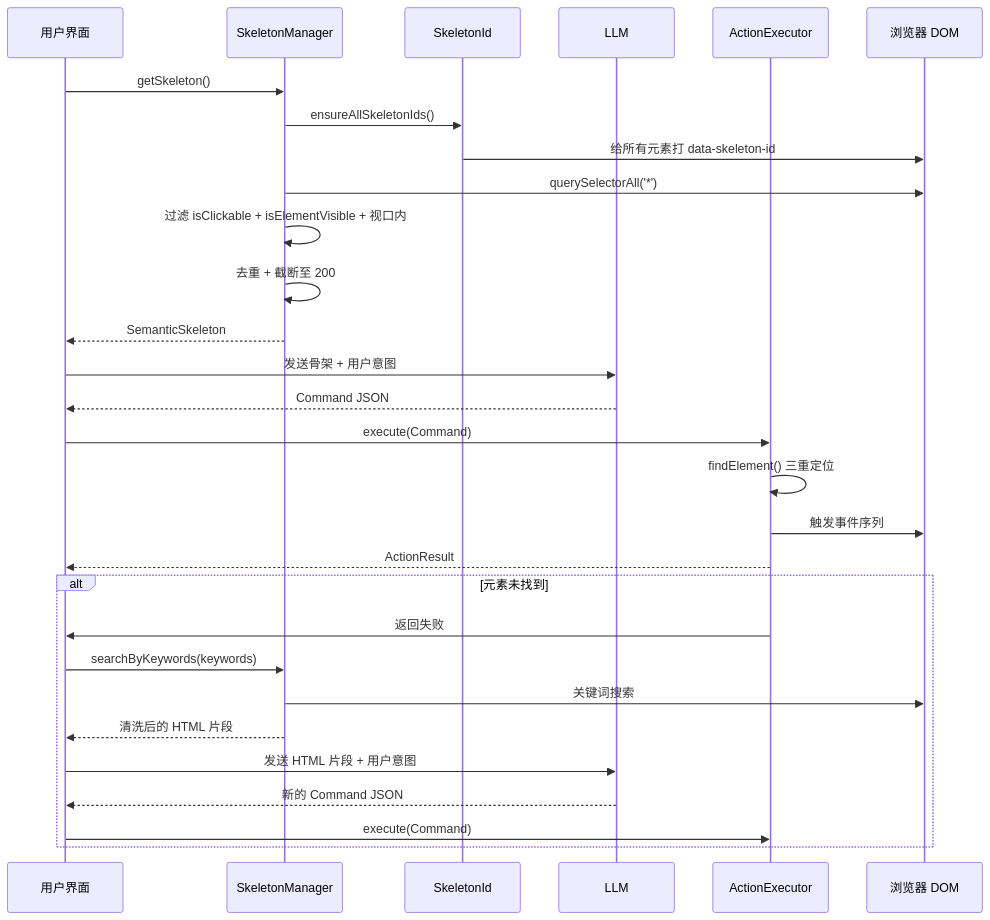
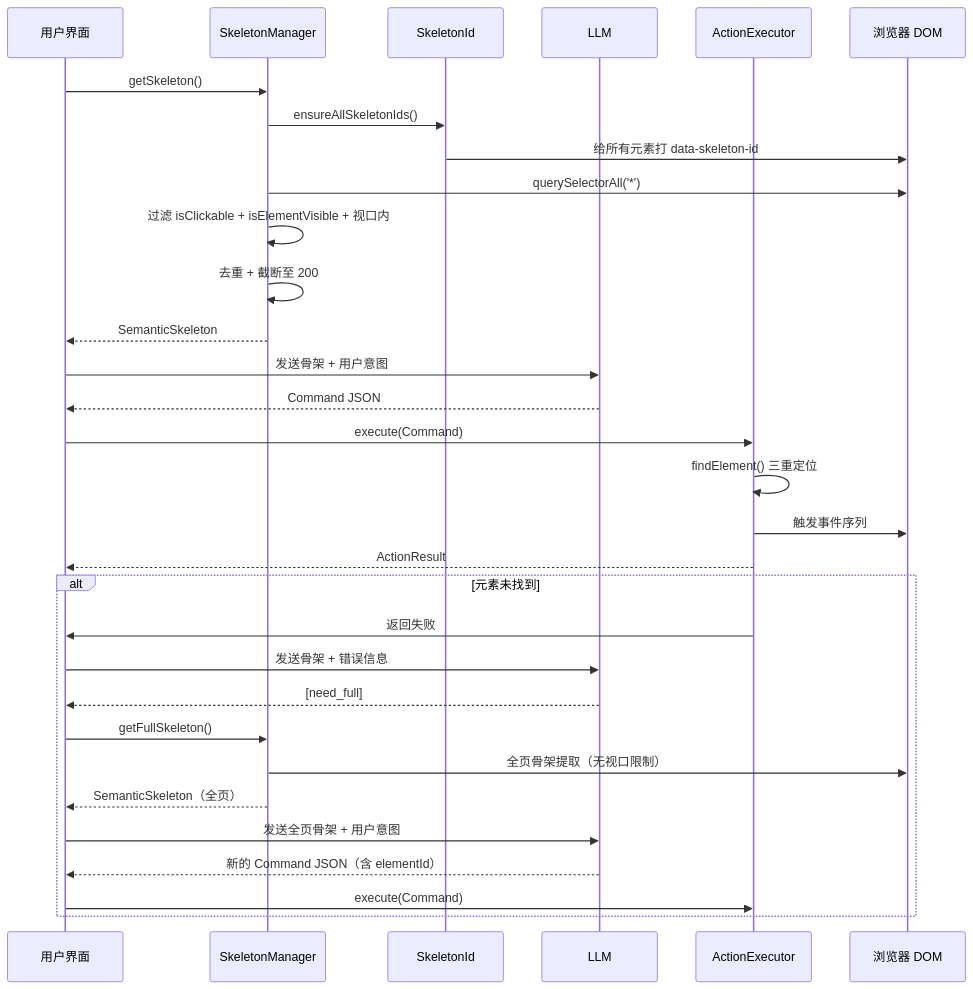
The fifth of 5 diagrams in docs/architecture/browser-command.md (zw123zw/ai-browser), drawn with Mermaid before and after one commit. The commit also changed other lines of this file and 11 other files, not shown here.

First line of the commit message:
feat: [need_html] → [need_full] 全页骨架提取

````diff
--- a/docs/architecture/browser-command.md
+++ b/docs/architecture/browser-command.md
@@ -356,35 +355,37 @@
 ```mermaid
 sequenceDiagram
     participant UI as 用户界面
     participant SM as SkeletonManager
     participant SID as SkeletonId
     participant AI as LLM
     participant AE as ActionExecutor
     participant DOM as 浏览器 DOM
 
     UI->>SM: getSkeleton()
     SM->>SID: ensureAllSkeletonIds()
     SID->>DOM: 给所有元素打 data-skeleton-id
     SM->>DOM: querySelectorAll('*')
     SM->>SM: 过滤 isClickable + isElementVisible + 视口内
     SM->>SM: 去重 + 截断至 200
     SM-->>UI: SemanticSkeleton
 
     UI->>AI: 发送骨架 + 用户意图
     AI-->>UI: Command JSON
 
     UI->>AE: execute(Command)
     AE->>AE: findElement() 三重定位
     AE->>DOM: 触发事件序列
     AE-->>UI: ActionResult
 
     alt 元素未找到
         AE->>UI: 返回失败
-        UI->>SM: searchByKeywords(keywords)
-        SM->>DOM: 关键词搜索
-        SM-->>UI: 清洗后的 HTML 片段
-        UI->>AI: 发送 HTML 片段 + 用户意图
-        AI-->>UI: 新的 Command JSON
+        UI->>AI: 发送骨架 + 错误信息
+        AI-->>UI: [need_full]
+        UI->>SM: getFullSkeleton()
+        SM->>DOM: 全页骨架提取（无视口限制）
+        SM-->>UI: SemanticSkeleton（全页）
+        UI->>AI: 发送全页骨架 + 用户意图
+        AI-->>UI: 新的 Command JSON（含 elementId）
         UI->>AE: execute(Command)
     end
 ```
````
